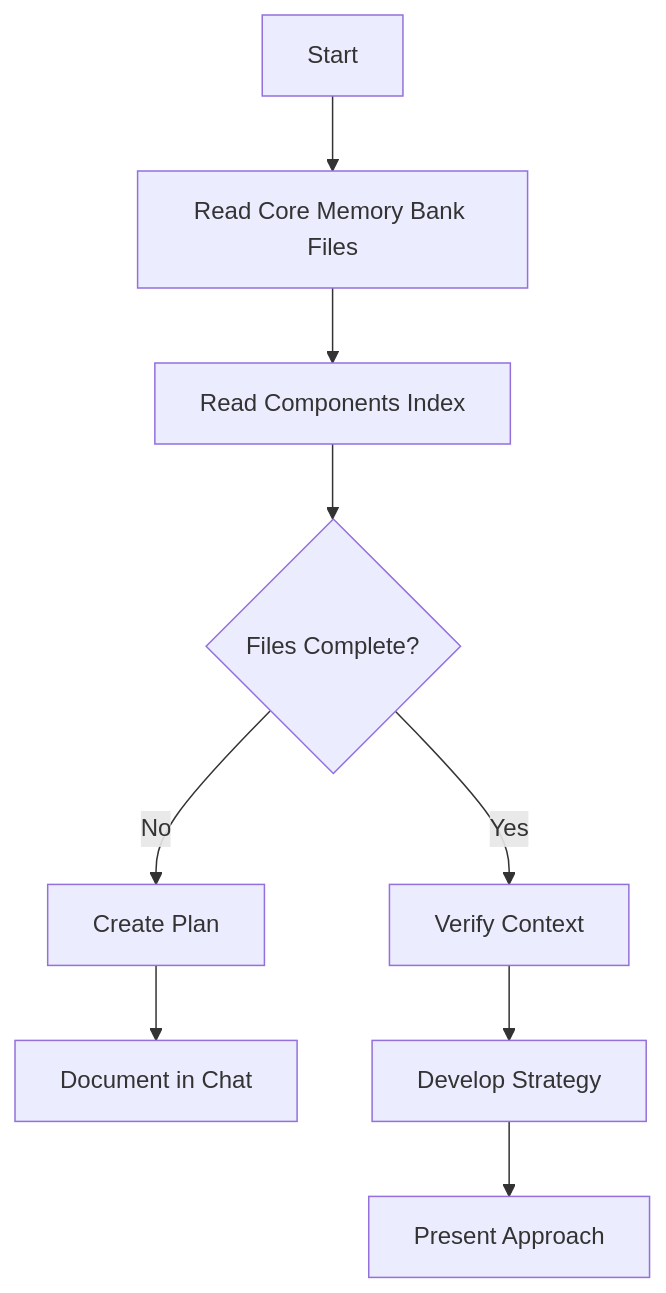
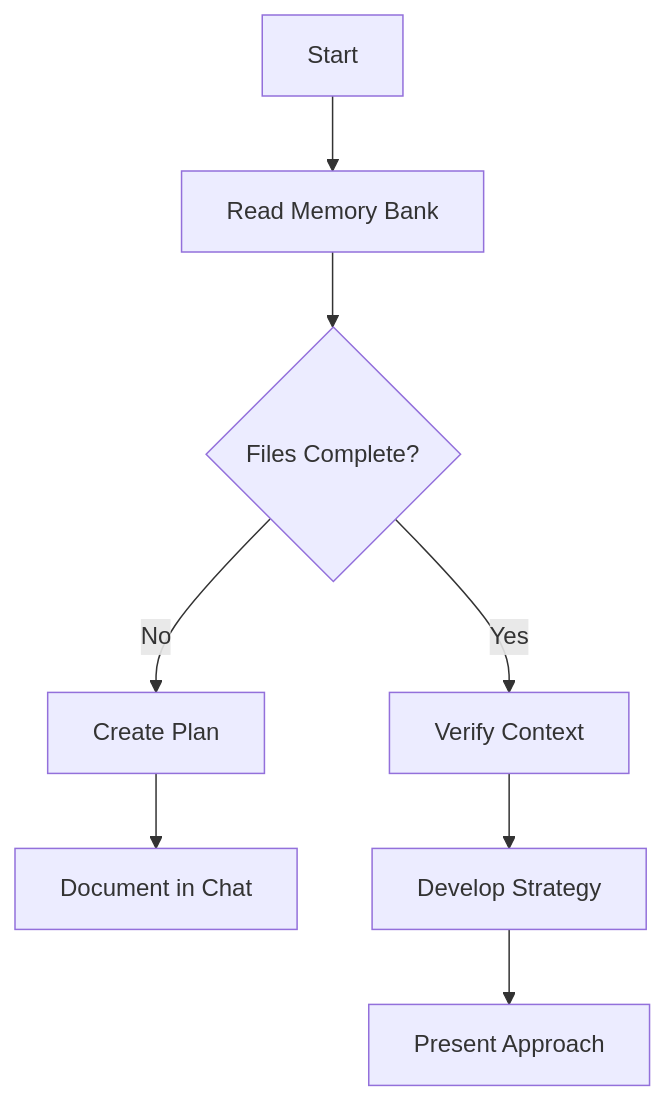
One commit to gitpod-io/gitpod changed the second of 4 diagrams in .clinerules/memory-bank.md. Above: the diagram before and after it, drawn with Mermaid. The commit also changed other lines of this file and 4 other files, not shown here.

First line of the commit message:
memory-bank update

````diff
--- a/.clinerules/memory-bank.md
+++ b/.clinerules/memory-bank.md
@@ -85,13 +89,12 @@
 ```mermaid
 flowchart TD
-    Start[Start] --> ReadFiles[Read Core Memory Bank Files]
-    ReadFiles --> ReadIndex[Read Components Index]
-    ReadIndex --> CheckFiles{Files Complete?}
+    Start[Start] --> ReadFiles[Read Memory Bank]
+    ReadFiles --> CheckFiles{Files Complete?}
 
     CheckFiles -->|No| Plan[Create Plan]
     Plan --> Document[Document in Chat]
 
     CheckFiles -->|Yes| Verify[Verify Context]
     Verify --> Strategy[Develop Strategy]
     Strategy --> Present[Present Approach]
 ```
````
